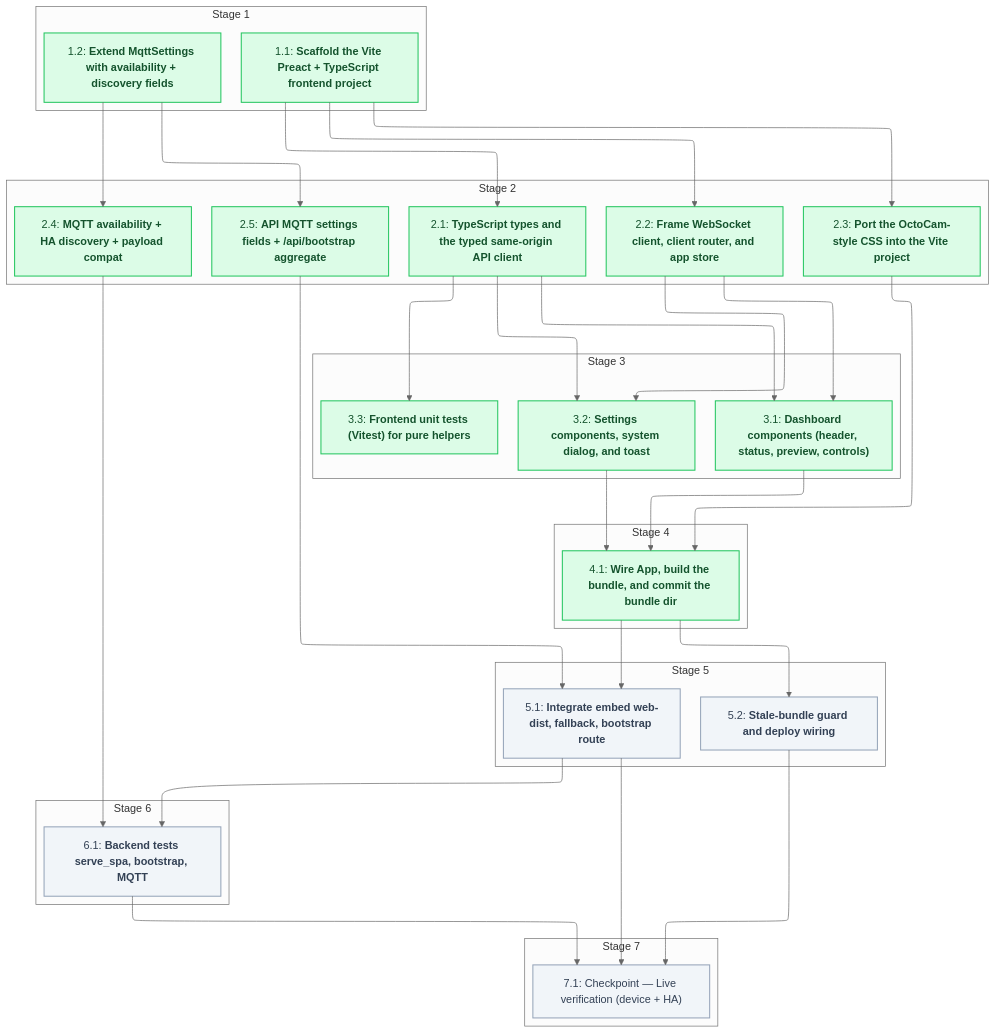
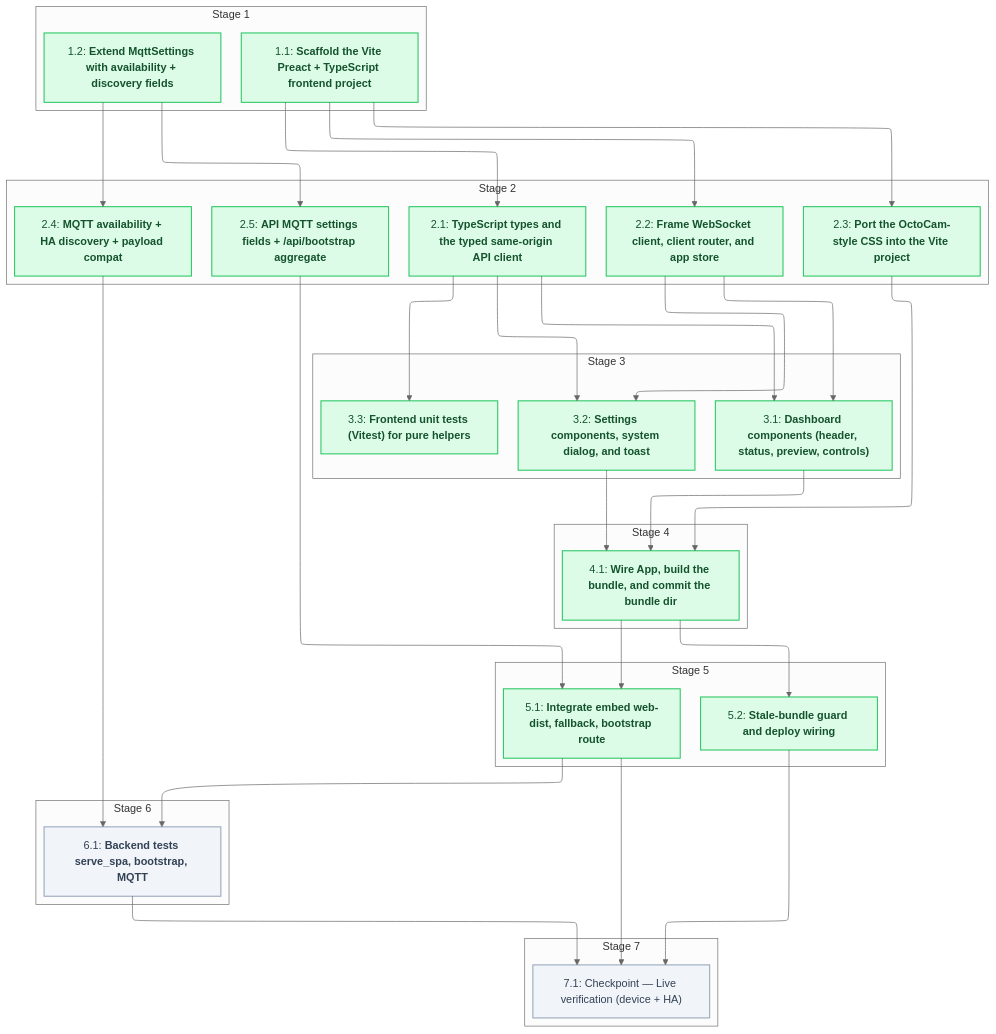
One commit to sohampatwardhan/MoodLightPi changed the diagram in .specs/preact-frontend/04_tasks.md. Above: the diagram before and after it, drawn with Mermaid (neutral theme). The commit also changed other lines of this file and 11 other files, not shown here.

````diff
--- a/.specs/preact-frontend/04_tasks.md
+++ b/.specs/preact-frontend/04_tasks.md
@@ -9,71 +9,71 @@
 ```mermaid
 %%{init: {'flowchart': {'defaultRenderer': 'elk'}}}%%
 flowchart TD
   classDef done fill:#dcfce7,stroke:#22c55e,stroke-width:1.5px,color:#14532d
   classDef pending fill:#f1f5f9,stroke:#94a3b8,stroke-width:1.5px,color:#334155
   subgraph n_stage_1["Stage 1"]
     n_1_1@{ shape: rect, label: "1.1: **Scaffold the Vite Preact + TypeScript frontend project**" }
     n_1_2@{ shape: rect, label: "1.2: **Extend MqttSettings with availability + discovery fields**" }
   end
   subgraph n_stage_2["Stage 2"]
     n_2_1@{ shape: rect, label: "2.1: **TypeScript types and the typed same-origin API client**" }
     n_2_2@{ shape: rect, label: "2.2: **Frame WebSocket client, client router, and app store**" }
     n_2_3@{ shape: rect, label: "2.3: **Port the OctoCam-style CSS into the Vite project**" }
     n_2_4@{ shape: rect, label: "2.4: **MQTT availability + HA discovery + payload compat**" }
     n_2_5@{ shape: rect, label: "2.5: **API MQTT settings fields + /api/bootstrap aggregate**" }
   end
   subgraph n_stage_3["Stage 3"]
     n_3_1@{ shape: rect, label: "3.1: **Dashboard components (header, status, preview, controls)**" }
     n_3_2@{ shape: rect, label: "3.2: **Settings components, system dialog, and toast**" }
     n_3_3@{ shape: rect, label: "3.3: **Frontend unit tests (Vitest) for pure helpers**" }
   end
   subgraph n_stage_4["Stage 4"]
     n_4_1@{ shape: rect, label: "4.1: **Wire App, build the bundle, and commit the bundle dir**" }
   end
   subgraph n_stage_5["Stage 5"]
     n_5_1@{ shape: rect, label: "5.1: **Integrate embed web-dist, fallback, bootstrap route**" }
     n_5_2@{ shape: rect, label: "5.2: **Stale-bundle guard and deploy wiring**" }
   end
   subgraph n_stage_6["Stage 6"]
     n_6_1@{ shape: rect, label: "6.1: **Backend tests serve_spa, bootstrap, MQTT**" }
   end
   subgraph n_stage_7["Stage 7"]
     n_7_1@{ shape: rect, label: "7.1: Checkpoint — Live verification (device + HA)" }
   end
   n_1_1 --> n_2_1
   n_1_1 --> n_2_2
   n_1_1 --> n_2_3
   n_1_2 --> n_2_4
   n_1_2 --> n_2_5
   n_2_1 --> n_3_1
   n_2_2 --> n_3_1
   n_2_1 --> n_3_2
   n_2_2 --> n_3_2
   n_2_1 --> n_3_3
   n_2_3 --> n_4_1
   n_3_1 --> n_4_1
   n_3_2 --> n_4_1
   n_4_1 --> n_5_1
   n_2_5 --> n_5_1
   n_4_1 --> n_5_2
   n_2_4 --> n_6_1
   n_5_1 --> n_6_1
   n_5_1 --> n_7_1
   n_5_2 --> n_7_1
   n_6_1 --> n_7_1
   class n_1_1 done
   class n_1_2 done
   class n_2_1 done
   class n_2_2 done
   class n_2_3 done
   class n_2_4 done
   class n_2_5 done
   class n_3_1 done
   class n_3_2 done
   class n_3_3 done
   class n_4_1 done
-  class n_5_1 pending
-  class n_5_2 pending
+  class n_5_1 done
+  class n_5_2 done
   class n_6_1 pending
   class n_7_1 pending
 ```
````
